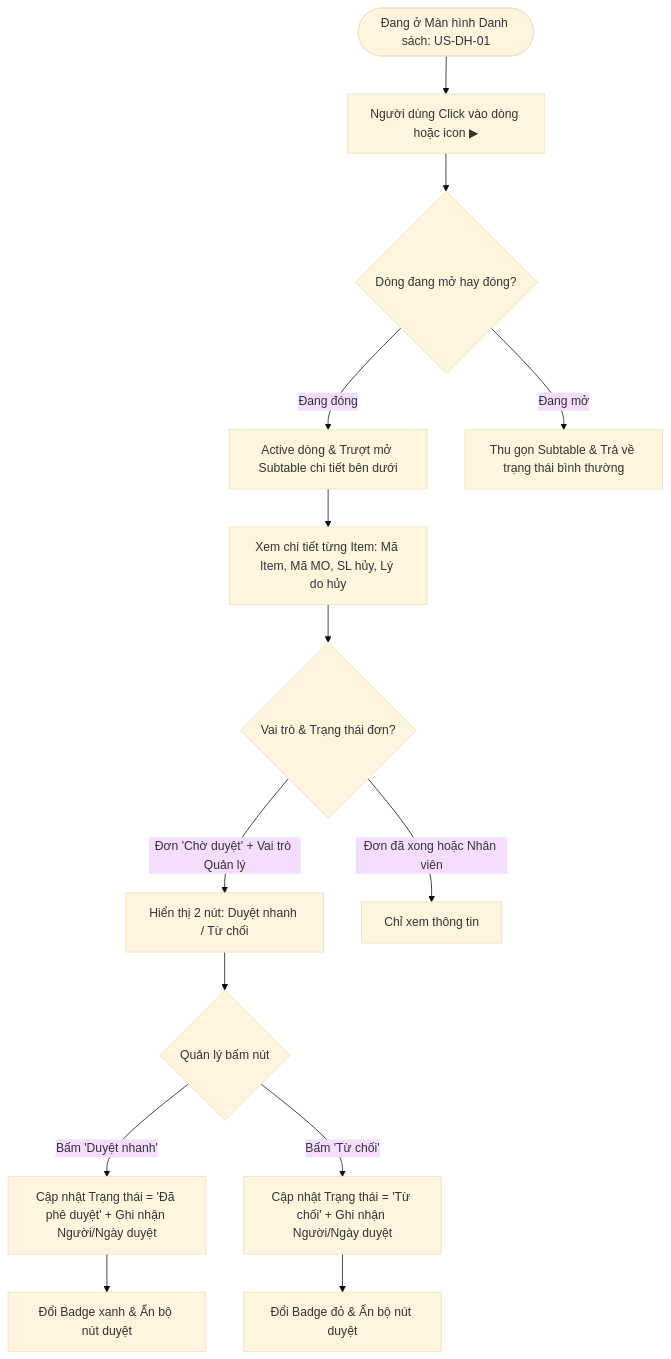
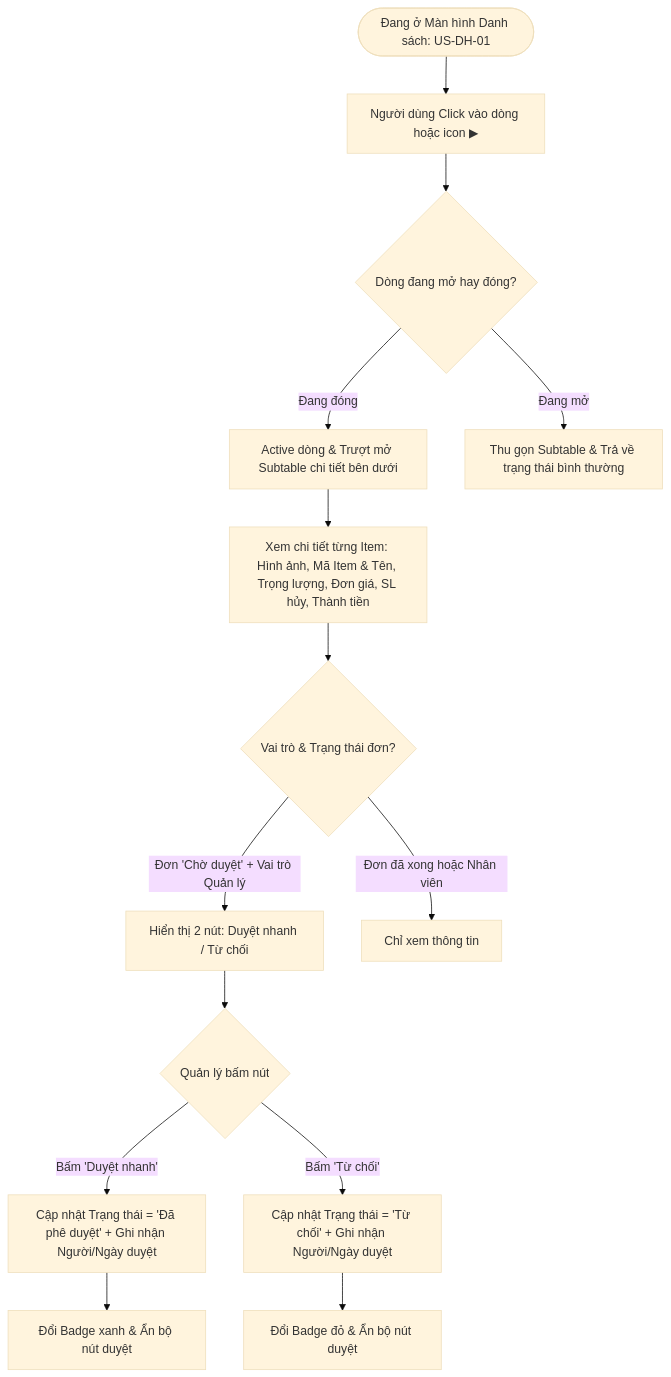
The diagram in docs/user-stories/US-DH-03-chi-tiet-subtable-phe-duyet-nhanh.md (midumidu1213-collab/order-prototype), drawn with Mermaid (base theme) before and after one commit. The commit also changed other lines of this file and 3 other files, not shown here.

````diff
--- a/docs/user-stories/US-DH-03-chi-tiet-subtable-phe-duyet-nhanh.md
+++ b/docs/user-stories/US-DH-03-chi-tiet-subtable-phe-duyet-nhanh.md
@@ -18,24 +18,24 @@
 ```mermaid
 flowchart TD
     Start([Đang ở Màn hình Danh sách: US-DH-01]) --> ClickRow[Người dùng Click vào dòng hoặc icon ▶]
     
     ClickRow --> CheckState{Dòng đang mở hay đóng?}
     
     CheckState -->|Đang đóng| Expand[Active dòng & Trượt mở Subtable chi tiết bên dưới]
     CheckState -->|Đang mở| Collapse[Thu gọn Subtable & Trả về trạng thái bình thường]
     
-    Expand --> ViewDetail[Xem chi tiết từng Item: Mã Item, Mã MO, SL hủy, Lý do hủy]
+    Expand --> ViewDetail[Xem chi tiết từng Item: Hình ảnh, Mã Item & Tên, Trọng lượng, Đơn giá, SL hủy, Thành tiền]
     
     ViewDetail --> CheckRole{Vai trò & Trạng thái đơn?}
     
     CheckRole -->|Đơn 'Chờ duyệt' + Vai trò Quản lý| ShowActions[Hiển thị 2 nút: Duyệt nhanh / Từ chối]
     CheckRole -->|Đơn đã xong hoặc Nhân viên| ViewOnly[Chỉ xem thông tin]
     
     ShowActions --> UserDecision{Quản lý bấm nút}
     
     UserDecision -->|Bấm 'Duyệt nhanh'| ApproveAction[Cập nhật Trạng thái = 'Đã phê duyệt' + Ghi nhận Người/Ngày duyệt]
     UserDecision -->|Bấm 'Từ chối'| RejectAction[Cập nhật Trạng thái = 'Từ chối' + Ghi nhận Người/Ngày duyệt]
     
     ApproveAction --> UpdateBadge[Đổi Badge xanh & Ẩn bộ nút duyệt]
     RejectAction --> UpdateBadgeRed[Đổi Badge đỏ & Ẩn bộ nút duyệt]
 ```
````
